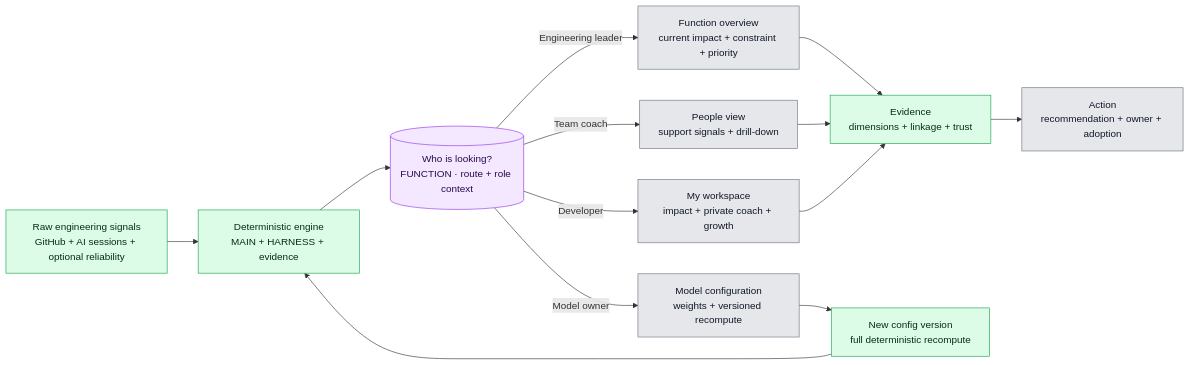
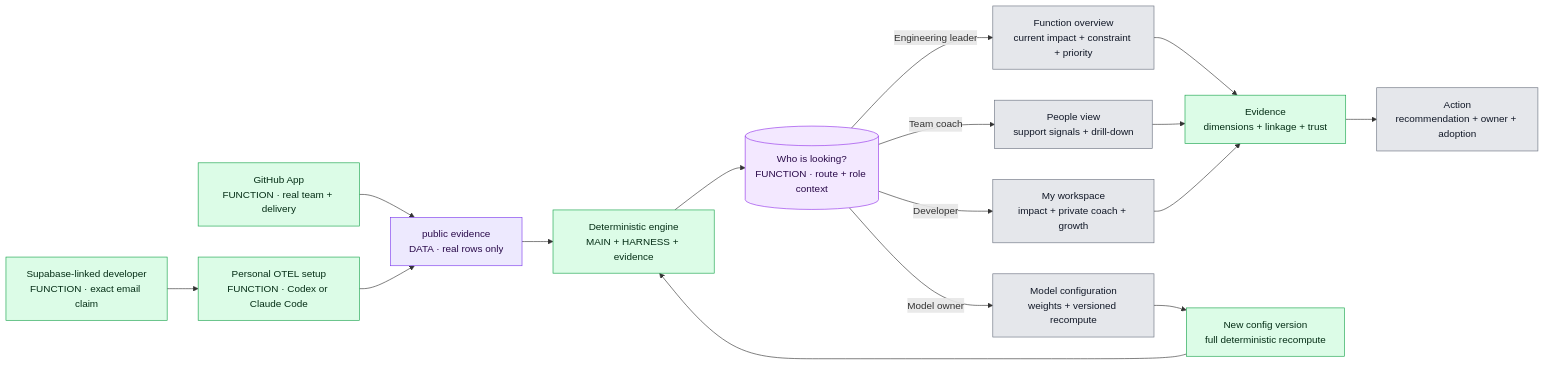
The diagram in docs/mermaid/01-product-flow.mmd (APareek89/prism_v1), drawn with Mermaid before and after one commit. The commit also changed 84 other files, not shown here.

First line of the commit message:
feat: real-user workspace onboarding

```diff
--- a/docs/mermaid/01-product-flow.mmd
+++ b/docs/mermaid/01-product-flow.mmd
@@ -1,26 +1,30 @@
 %% Prism product decision flow
-%% verified: 2026-07-17 Codex experience rebuild
-%% files: apps/web/components/layout/AppShell.tsx, apps/web/app/(views)/function/page.tsx, apps/web/app/(views)/team/page.tsx, apps/web/components/v3/MyView.tsx, apps/web/app/(views)/configure/page.tsx, apps/web/lib/v3/read.ts, apps/web/lib/v3/rollup.ts
+%% verified: 2026-07-17 real-only workspace rebuild
+%% files: apps/web/components/layout/AppShell.tsx, apps/web/app/(views)/function/page.tsx, apps/web/app/(views)/team/page.tsx, apps/web/app/(views)/me/page.tsx, apps/web/app/(views)/configure/page.tsx, apps/web/lib/db/index.ts
 %% granularity: master
 flowchart LR
-  A["Raw engineering signals<br/>GitHub + AI sessions + optional reliability"] --> B["Deterministic engine<br/>MAIN + HARNESS + evidence"]
+  K["GitHub App<br/>FUNCTION · real team + delivery"] --> A["public evidence<br/>DATA · real rows only"]
+  L["Supabase-linked developer<br/>FUNCTION · exact email claim"] --> M["Personal OTEL setup<br/>FUNCTION · Codex or Claude Code"]
+  M --> A
+  A --> B["Deterministic engine<br/>MAIN + HARNESS + evidence"]
   B --> C[("Who is looking?<br/>FUNCTION · route + role context")]
   C -->|"Engineering leader"| D["Function overview<br/>current impact + constraint + priority"]
   C -->|"Team coach"| E["People view<br/>support signals + drill-down"]
   C -->|"Developer"| F["My workspace<br/>impact + private coach + growth"]
   C -->|"Model owner"| G["Model configuration<br/>weights + versioned recompute"]
   D --> H["Evidence<br/>dimensions + linkage + trust"]
   E --> H
   F --> H
   H --> I["Action<br/>recommendation + owner + adoption"]
   G --> J["New config version<br/>full deterministic recompute"]
   J --> B
-  class A,B,H,J fn;
+  class K,L,M,B,H,J fn;
+  class A data;
   class C dec;
   class D,E,F,G,I term;
   classDef agent fill:#dbeafe,stroke:#2563eb,color:#0b2a5b;
   classDef fn fill:#dcfce7,stroke:#16a34a,color:#052e16;
   classDef dec fill:#f3e8ff,stroke:#9333ea,color:#2a0a4a;
   classDef term fill:#e5e7eb,stroke:#6b7280,color:#111827;
   classDef ask fill:#cffafe,stroke:#0891b2,color:#083344;
   classDef data fill:#ede9fe,stroke:#7c3aed,color:#2a0a4a;
```
